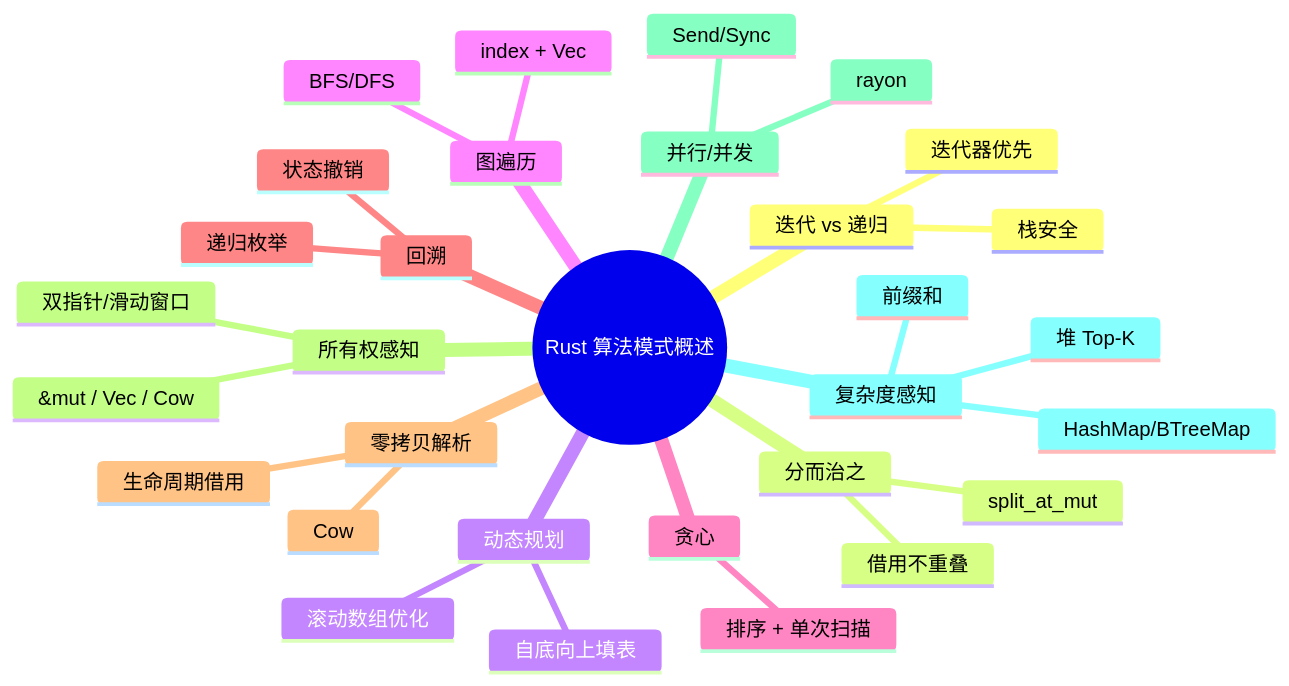
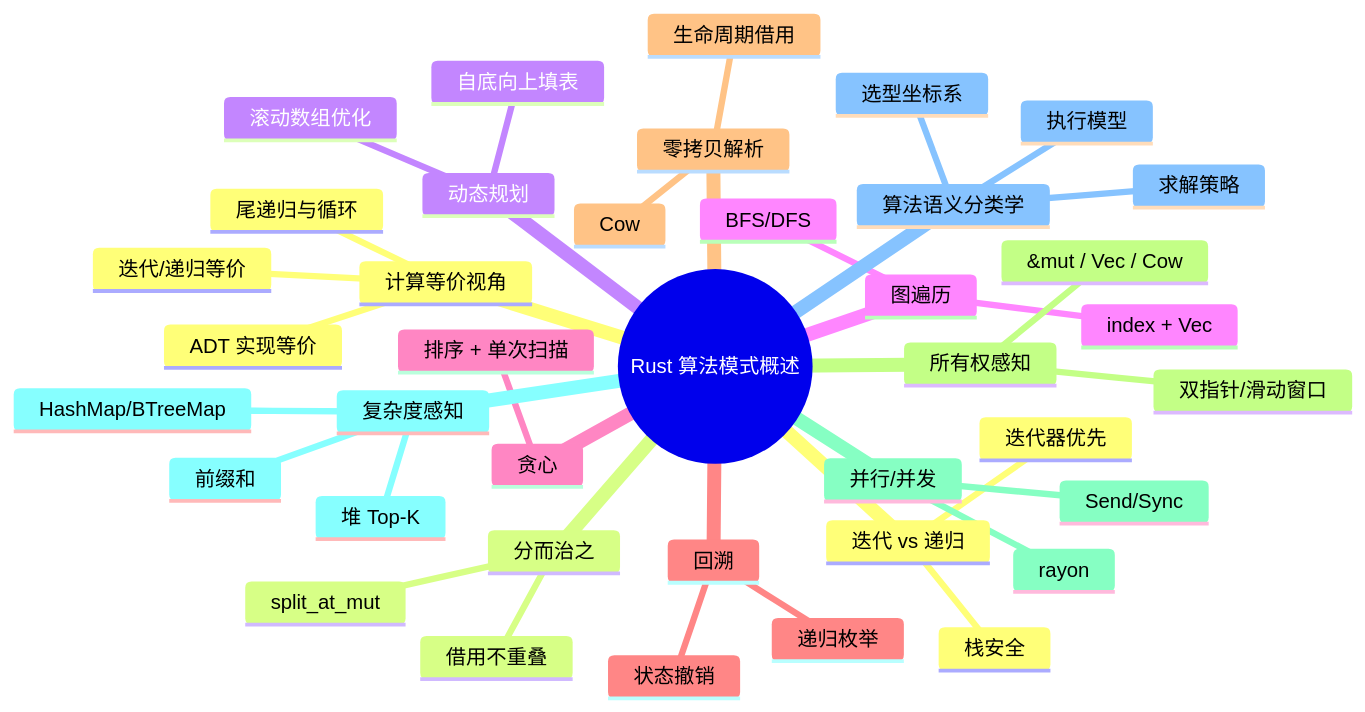
One commit to martin-ly/rust-lang changed the third of 3 diagrams in concept/06_ecosystem/16_algorithm_patterns/00_algorithm_patterns_overview.md. Above: the diagram before and after it, drawn with Mermaid. The commit also changed other lines of this file and 91 other files, not shown here.

````diff
--- a/concept/06_ecosystem/16_algorithm_patterns/00_algorithm_patterns_overview.md
+++ b/concept/06_ecosystem/16_algorithm_patterns/00_algorithm_patterns_overview.md
@@ -445,34 +585,42 @@
 ```mermaid
 mindmap
   root((Rust 算法模式概述))
     迭代 vs 递归
       迭代器优先
       栈安全
     分而治之
       split_at_mut
       借用不重叠
     动态规划
       自底向上填表
       滚动数组优化
     图遍历
       index + Vec
       BFS/DFS
     贪心
       排序 + 单次扫描
     回溯
       状态撤销
       递归枚举
     零拷贝解析
       生命周期借用
       Cow
     所有权感知
       &mut / Vec / Cow
       双指针/滑动窗口
     并行/并发
       rayon
       Send/Sync
     复杂度感知
       HashMap/BTreeMap
       前缀和
       堆 Top-K
+    算法语义分类学
+      求解策略
+      执行模型
+      选型坐标系
+    计算等价视角
+      迭代/递归等价
+      ADT 实现等价
+      尾递归与循环
 ```
````
